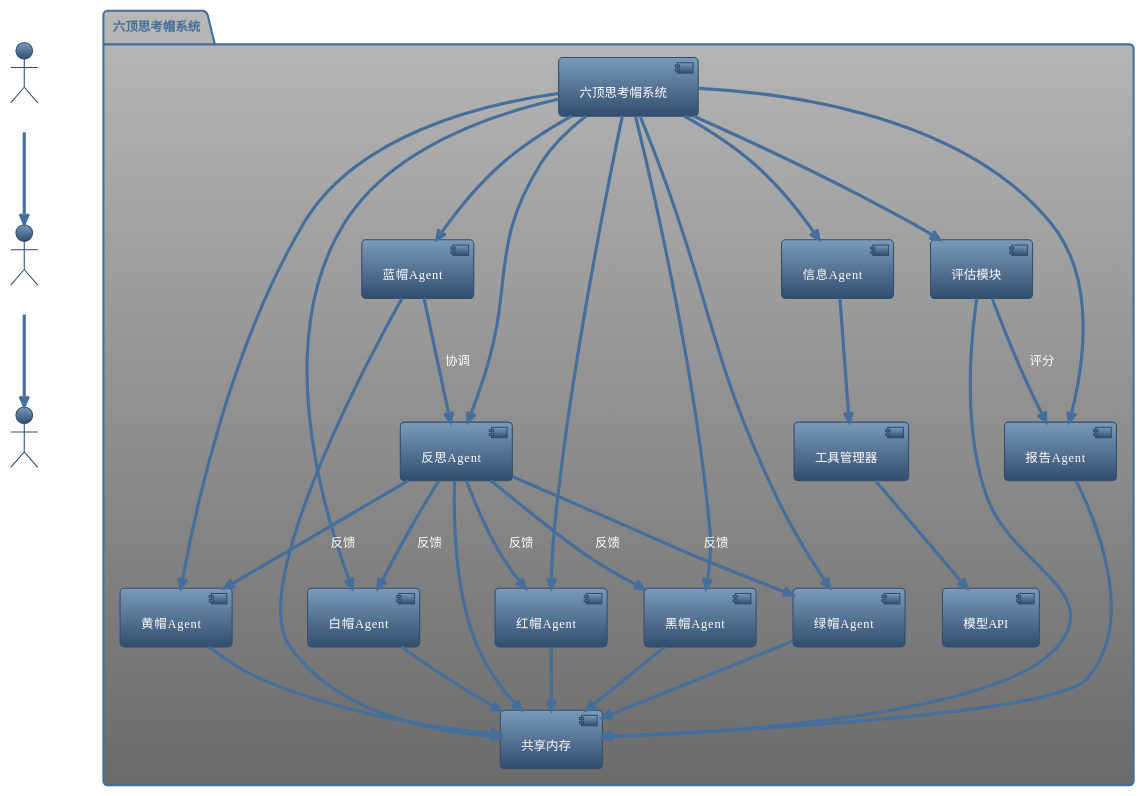
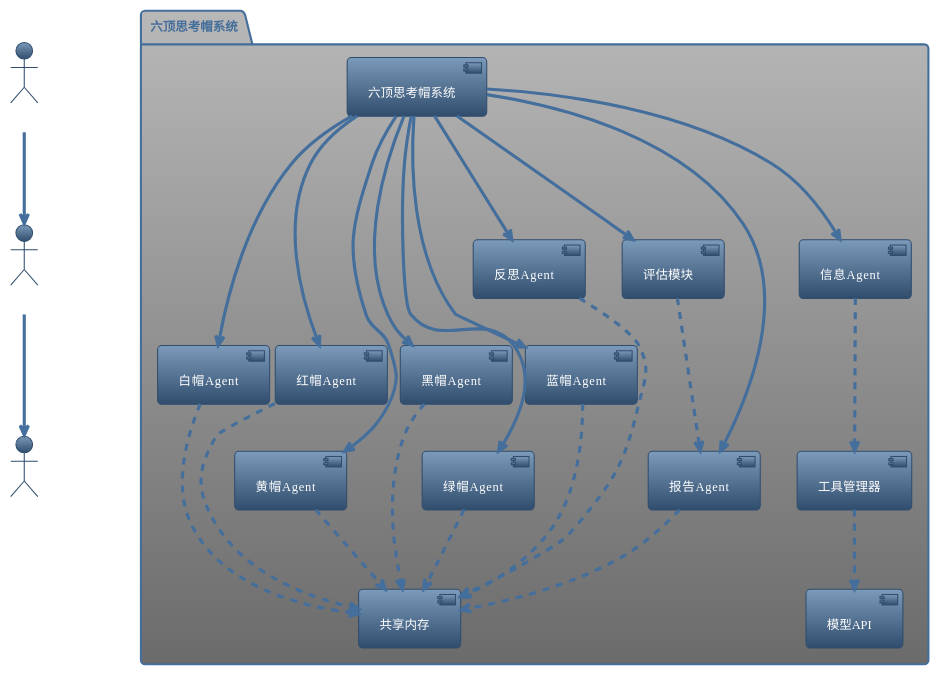
One commit to flyingcloud-code/sixhat-bot changed the third of 4 diagrams in README.md. Above: the diagram before and after it, drawn with PlantUML. The commit also changed other lines of this file and 1 other file, not shown here.

````diff
--- a/README.md
+++ b/README.md
@@ -97,52 +97,45 @@
 ```plantuml
 @startuml
 !theme spacelab
 actor 用户 as User
 User --> 系统 : 输入需求
 package "六顶思考帽系统" {
   [六顶思考帽系统] as System
   [共享内存] as Memory
   [工具管理器] as ToolMgr
   [模型API] as ModelAPI
   [蓝帽Agent] as Blue
   [白帽Agent] as White
   [红帽Agent] as Red
   [黄帽Agent] as Yellow
   [黑帽Agent] as Black
   [绿帽Agent] as Green
   [信息Agent] as Info
+  [报告Agent] as Report
   [反思Agent] as Reflect
   [评估模块] as Eval
-  [报告Agent] as Report
   System --> Blue
   System --> White
   System --> Red
   System --> Yellow
   System --> Black
   System --> Green
   System --> Info
+  System --> Report
   System --> Reflect
   System --> Eval
-  System --> Report
-  Blue --> Memory
-  White --> Memory
-  Red --> Memory
-  Yellow --> Memory
-  Black --> Memory
-  Green --> Memory
-  Info --> ToolMgr
-  ToolMgr --> ModelAPI
-  Reflect --> Memory
-  Eval --> Memory
-  Report --> Memory
-  Blue --> Reflect : 协调
-  Reflect --> White : 反馈
-  Reflect --> Red : 反馈
-  Reflect --> Yellow : 反馈
-  Reflect --> Black : 反馈
-  Reflect --> Green : 反馈
-  Eval --> Report : 评分
+  Blue ..> Memory
+  White ..> Memory
+  Red ..> Memory
+  Yellow ..> Memory
+  Black ..> Memory
+  Green ..> Memory
+  Info ..> ToolMgr
+  ToolMgr ..> ModelAPI
+  Report ..> Memory
+  Reflect ..> Memory
+  Eval ..> Report
 }
-系统 --> 用户 : 输出报告
+系统 --> 用户 : 输出报告和评估
 @enduml
 ```
````
